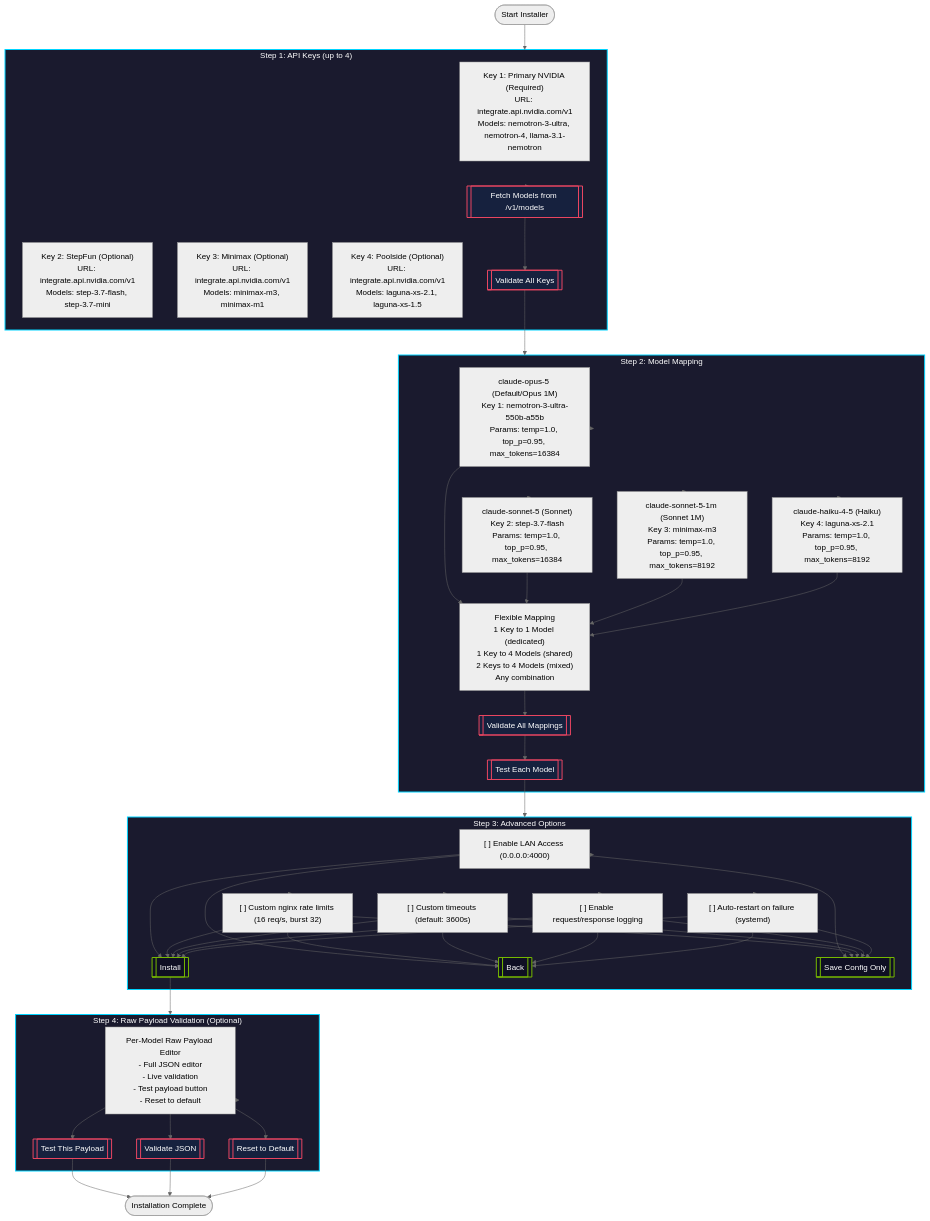
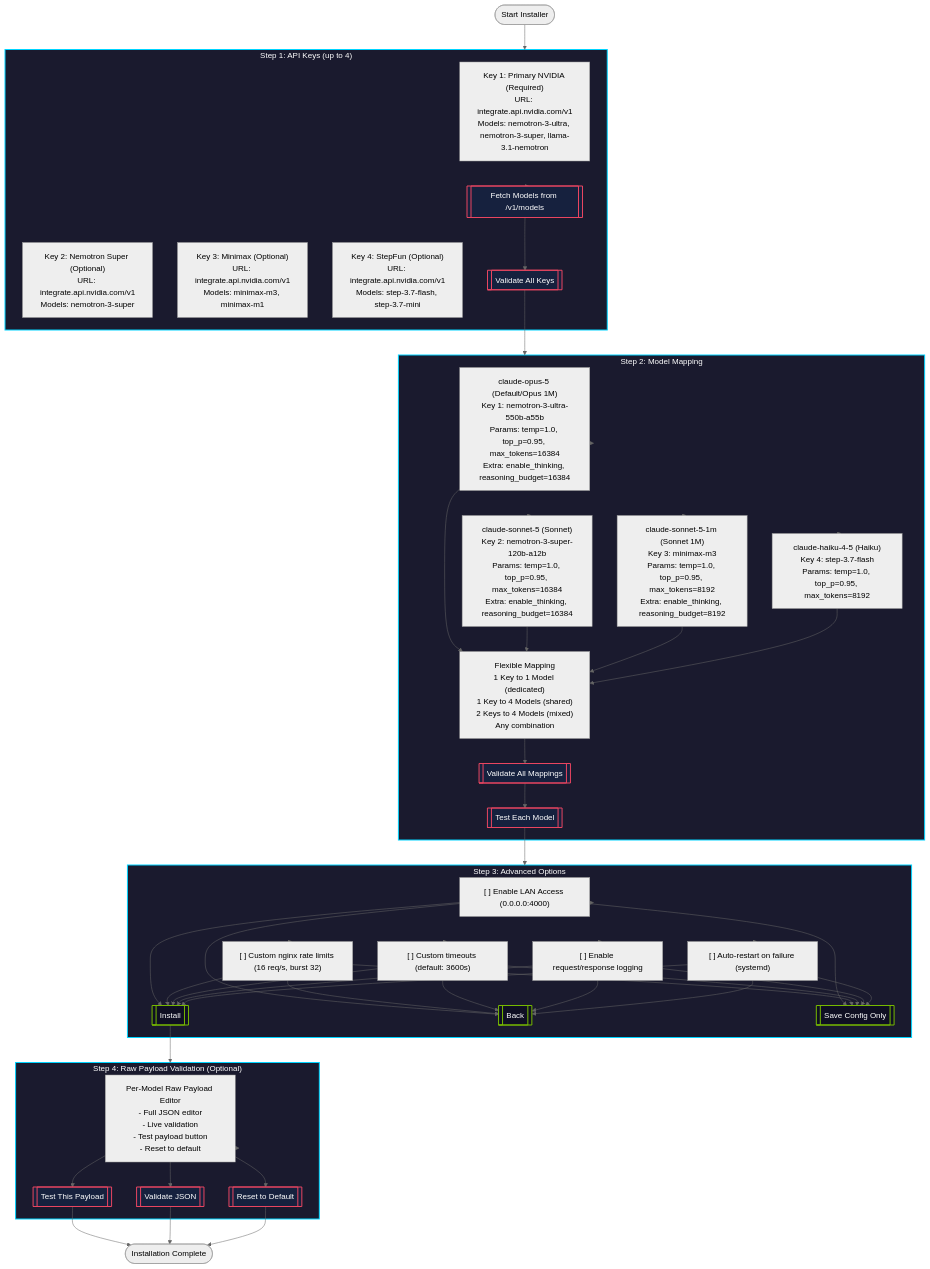
The third of 3 diagrams in README.md (S-V-J/myclaude), drawn with Mermaid (neutral theme) before and after one commit. The commit also changed other lines of this file and 9 other files, not shown here.

````diff
--- a/README.md
+++ b/README.md
@@ -145,74 +153,74 @@
 ```mermaid
 flowchart TB
     Start([Start Installer]) --> Step1
     
     subgraph Step1["Step 1: API Keys (up to 4)"]
-        K1["Key 1: Primary NVIDIA (Required)\nURL: integrate.api.nvidia.com/v1\nModels: nemotron-3-ultra, nemotron-4, llama-3.1-nemotron"]
-        K2["Key 2: StepFun (Optional)\nURL: integrate.api.nvidia.com/v1\nModels: step-3.7-flash, step-3.7-mini"]
+        K1["Key 1: Primary NVIDIA (Required)\nURL: integrate.api.nvidia.com/v1\nModels: nemotron-3-ultra, nemotron-3-super, llama-3.1-nemotron"]
+        K2["Key 2: Nemotron Super (Optional)\nURL: integrate.api.nvidia.com/v1\nModels: nemotron-3-super"]
         K3["Key 3: Minimax (Optional)\nURL: integrate.api.nvidia.com/v1\nModels: minimax-m3, minimax-m1"]
-        K4["Key 4: Poolside (Optional)\nURL: integrate.api.nvidia.com/v1\nModels: laguna-xs-2.1, laguna-xs-1.5"]
+        K4["Key 4: StepFun (Optional)\nURL: integrate.api.nvidia.com/v1\nModels: step-3.7-flash, step-3.7-mini"]
         
         FetchModels[["Fetch Models from /v1/models"]]
         ValidateKeys[["Validate All Keys"]]
     end
     
     Step1 --> FetchModels
     FetchModels --> ValidateKeys
     ValidateKeys --> Step2
     
     subgraph Step2["Step 2: Model Mapping"]
-        M1["claude-opus-5 (Default/Opus 1M)\nKey 1: nemotron-3-ultra-550b-a55b\nParams: temp=1.0, top_p=0.95, max_tokens=16384"]
-        M2["claude-sonnet-5 (Sonnet)\nKey 2: step-3.7-flash\nParams: temp=1.0, top_p=0.95, max_tokens=16384"]
-        M3["claude-sonnet-5-1m (Sonnet 1M)\nKey 3: minimax-m3\nParams: temp=1.0, top_p=0.95, max_tokens=8192"]
-        M4["claude-haiku-4-5 (Haiku)\nKey 4: laguna-xs-2.1\nParams: temp=1.0, top_p=0.95, max_tokens=8192"]
+        M1["claude-opus-5 (Default/Opus 1M)\nKey 1: nemotron-3-ultra-550b-a55b\nParams: temp=1.0, top_p=0.95, max_tokens=16384\nExtra: enable_thinking, reasoning_budget=16384"]
+        M2["claude-sonnet-5 (Sonnet)\nKey 2: nemotron-3-super-120b-a12b\nParams: temp=1.0, top_p=0.95, max_tokens=16384\nExtra: enable_thinking, reasoning_budget=16384"]
+        M3["claude-sonnet-5-1m (Sonnet 1M)\nKey 3: minimax-m3\nParams: temp=1.0, top_p=0.95, max_tokens=8192\nExtra: enable_thinking, reasoning_budget=8192"]
+        M4["claude-haiku-4-5 (Haiku)\nKey 4: step-3.7-flash\nParams: temp=1.0, top_p=0.95, max_tokens=8192"]
         
         Flexible["Flexible Mapping\n1 Key to 1 Model (dedicated)\n1 Key to 4 Models (shared)\n2 Keys to 4 Models (mixed)\nAny combination"]
         
         ValidateMappings[["Validate All Mappings"]]
         TestModels[["Test Each Model"]]
     end
     
     Step2 --> M1 & M2 & M3 & M4
     M1 & M2 & M3 & M4 --> Flexible
     Flexible --> ValidateMappings
     ValidateMappings --> TestModels
     TestModels --> Step3
     
     subgraph Step3["Step 3: Advanced Options"]
         A1["[ ] Enable LAN Access (0.0.0.0:4000)"]
         A2["[ ] Custom nginx rate limits (16 req/s, burst 32)"]
         A3["[ ] Custom timeouts (default: 3600s)"]
         A4["[ ] Enable request/response logging"]
         A5["[ ] Auto-restart on failure (systemd)"]
         
         InstallBtn[["Install"]]
         BackBtn[["Back"]]
         SaveBtn[["Save Config Only"]]
     end
     
     Step3 --> A1 & A2 & A3 & A4 & A5
     A1 & A2 & A3 & A4 & A5 --> InstallBtn & BackBtn & SaveBtn
     InstallBtn --> Step4
     
     subgraph Step4["Step 4: Raw Payload Validation (Optional)"]
         Payload["Per-Model Raw Payload Editor\n- Full JSON editor\n- Live validation\n- Test payload button\n- Reset to default"]
         
         TestPayload[["Test This Payload"]]
         ValidateJSON[["Validate JSON"]]
         ResetDefault[["Reset to Default"]]
     end
     
     Step4 --> Payload
     Payload --> TestPayload & ValidateJSON & ResetDefault
     TestPayload --> Done([Installation Complete])
     ValidateJSON --> Done
     ResetDefault --> Done
     
     classDef step fill:#1a1a2e,stroke:#00d4ff,stroke-width:2px,color:#fff
     classDef action fill:#16213e,stroke:#e94560,stroke-width:2px,color:#fff
     classDef button fill:#0f0f23,stroke:#76b900,stroke-width:2px,color:#fff
     
     class Step1,Step2,Step3,Step4 step
     class FetchModels,ValidateKeys,ValidateMappings,TestModels,TestPayload,ValidateJSON,ResetDefault action
     class InstallBtn,BackBtn,SaveBtn button
 ```
````
